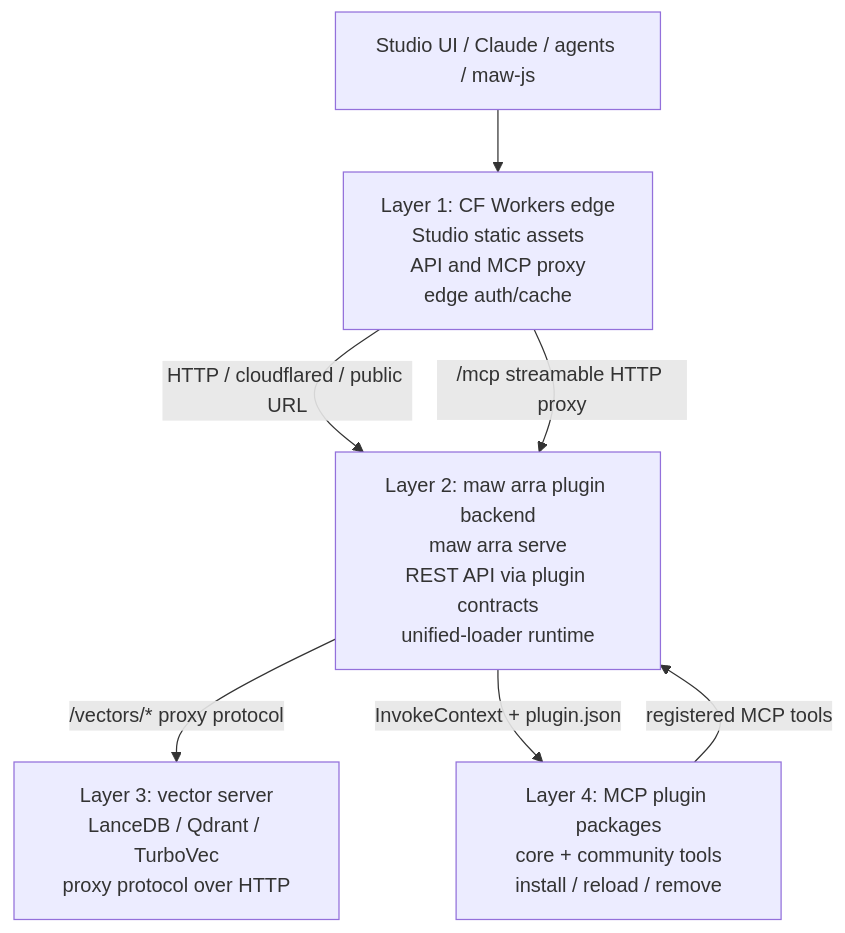
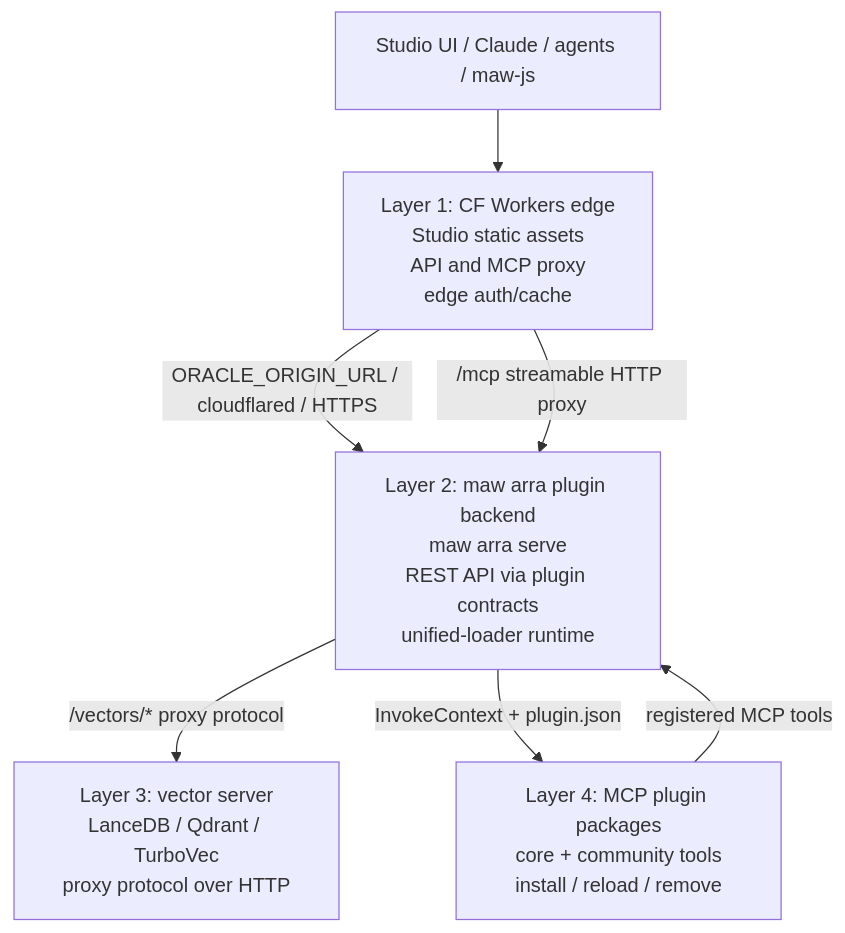
The diagram in docs/architecture/modular-backend.md (Soul-Brews-Studio/arra-oracle-v3), drawn with Mermaid before and after one commit. The commit also changed other lines of this file and 12 other files, not shown here.

Commit message:
feat(workers): add origin URL contract

````diff
--- a/docs/architecture/modular-backend.md
+++ b/docs/architecture/modular-backend.md
@@ -10,15 +10,15 @@
 ```mermaid
 flowchart TD
   Clients[Studio UI / Claude / agents / maw-js]
   Edge[Layer 1: CF Workers edge\nStudio static assets\nAPI and MCP proxy\nedge auth/cache]
   Backend[Layer 2: maw arra plugin backend\nmaw arra serve\nREST API via plugin contracts\nunified-loader runtime]
   Vector[Layer 3: vector server\nLanceDB / Qdrant / TurboVec\nproxy protocol over HTTP]
   Plugins[Layer 4: MCP plugin packages\ncore + community tools\ninstall / reload / remove]
 
   Clients --> Edge
-  Edge -->|HTTP / cloudflared / public URL| Backend
+  Edge -->|ORACLE_ORIGIN_URL / cloudflared / HTTPS| Backend
   Backend -->|/vectors/* proxy protocol| Vector
   Backend -->|InvokeContext + plugin.json| Plugins
   Plugins -->|registered MCP tools| Backend
   Edge -->|/mcp streamable HTTP proxy| Backend
 ```
````
